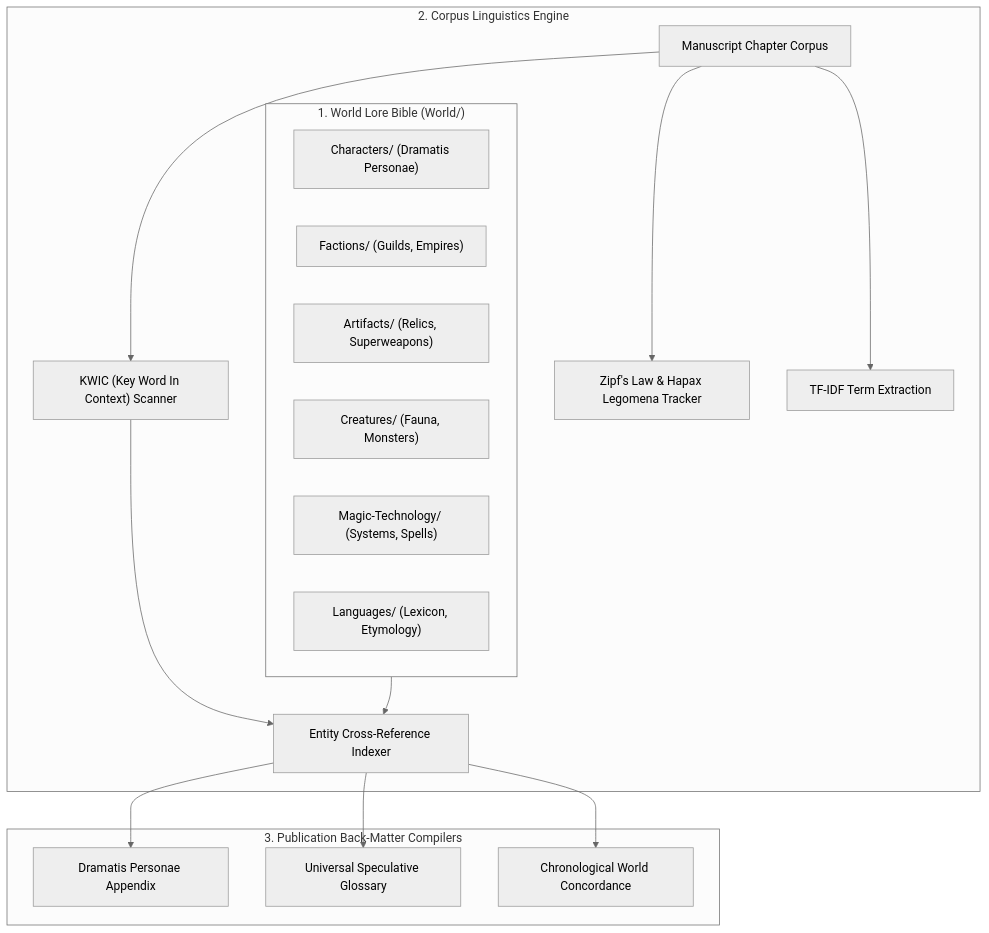
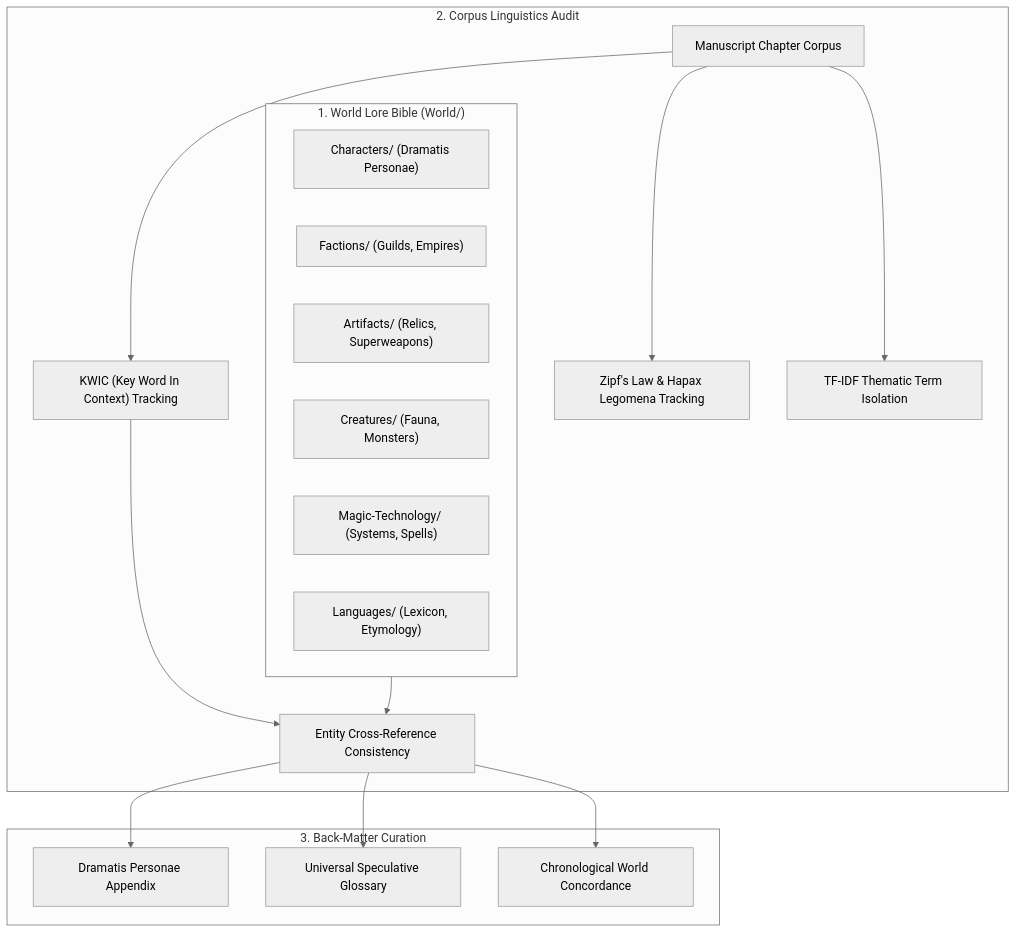
Before and after one commit to aryansinghnagar/Ars-Arcanum: the first of 3 diagrams in docs/CONCORDANCE.md, drawn with Mermaid (neutral theme). The commit also changed other lines of this file and 12 other files, not shown here.

````diff
--- a/docs/CONCORDANCE.md
+++ b/docs/CONCORDANCE.md
@@ -19,24 +18,24 @@
 ```mermaid
 flowchart TD
     subgraph WorldDossiers["1. World Lore Bible (World/)"]
         Chars["Characters/ (Dramatis Personae)"]
         Factions["Factions/ (Guilds, Empires)"]
         Relics["Artifacts/ (Relics, Superweapons)"]
         Bestiary["Creatures/ (Fauna, Monsters)"]
         Magic["Magic-Technology/ (Systems, Spells)"]
         Conlang["Languages/ (Lexicon, Etymology)"]
     end
 
-    subgraph CorpusEngine["2. Corpus Linguistics Engine"]
-        Manuscript["Manuscript Chapter Corpus"] --> KWIC["KWIC (Key Word In Context) Scanner"]
-        Manuscript --> Zipf["Zipf's Law & Hapax Legomena Tracker"]
-        Manuscript --> TFIDF["TF-IDF Term Extraction"]
-        WorldDossiers & KWIC --> EntityCross["Entity Cross-Reference Indexer"]
+    subgraph CorpusLinguistics["2. Corpus Linguistics Audit"]
+        Manuscript["Manuscript Chapter Corpus"] --> KWIC["KWIC (Key Word In Context) Tracking"]
+        Manuscript --> Zipf["Zipf's Law & Hapax Legomena Tracking"]
+        Manuscript --> TFIDF["TF-IDF Thematic Term Isolation"]
+        WorldDossiers & KWIC --> EntityCross["Entity Cross-Reference Consistency"]
     end
 
-    subgraph BackMatterExport["3. Publication Back-Matter Compilers"]
+    subgraph BackMatterExport["3. Back-Matter Curation"]
         EntityCross --> DramatisExport["Dramatis Personae Appendix"]
         EntityCross --> GlossaryExport["Universal Speculative Glossary"]
         EntityCross --> TimelineExport["Chronological World Concordance"]
     end
 ```
````
